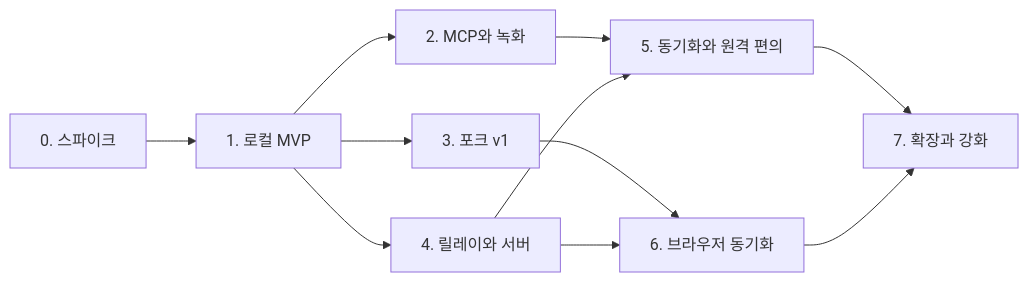
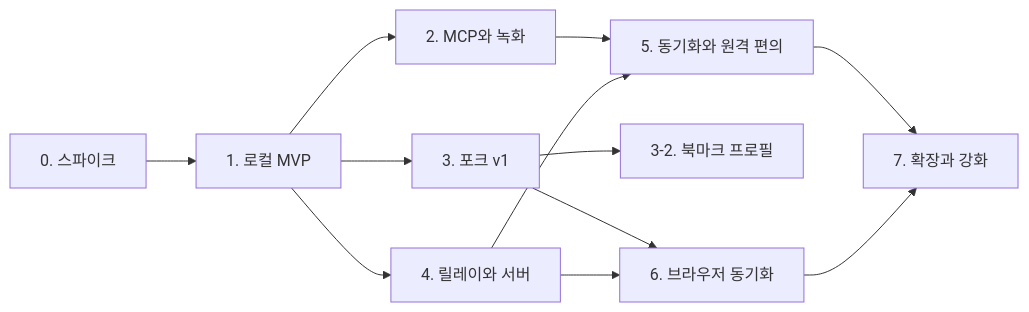
The diagram in docs/roadmap.md (jang2162/pegboard-browser), drawn with Mermaid before and after one commit. The commit also changed other lines of this file and 4 other files, not shown here.

````diff
--- a/docs/roadmap.md
+++ b/docs/roadmap.md
@@ -242,13 +270,14 @@
 ```mermaid
 flowchart LR
   P0[0. 스파이크] --> P1[1. 로컬 MVP]
   P1 --> P2[2. MCP와 녹화]
   P1 --> P3[3. 포크 v1]
   P1 --> P4[4. 릴레이와 서버]
   P2 --> P5[5. 동기화와 원격 편의]
   P4 --> P5
+  P3 --> P32[3-2. 북마크 프로필]
   P3 --> P6[6. 브라우저 동기화]
   P4 --> P6
   P5 --> P7[7. 확장과 강화]
   P6 --> P7
 ```
````
